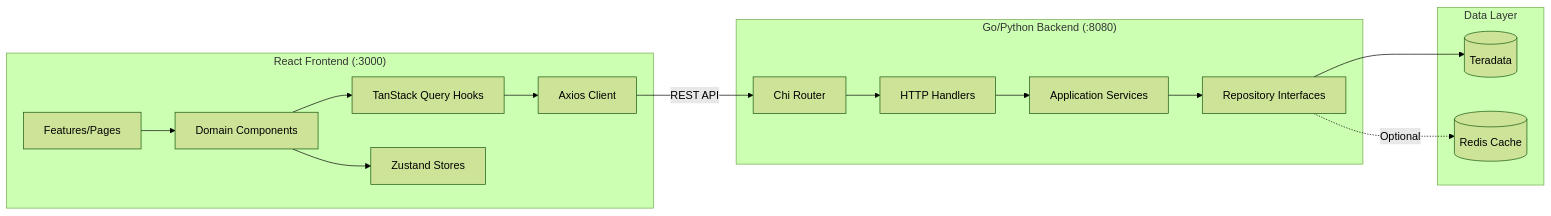
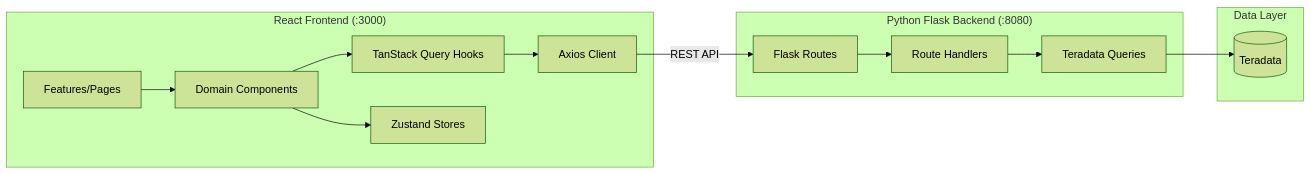
One commit to dtehan/lineage changed the first of 2 diagrams in docs/developer_manual.md. Above: the diagram before and after it, drawn with Mermaid (forest theme). The commit also changed other lines of this file and 3 other files, not shown here.

First line of the commit message:
feat(33-03): update docs/ to remove Go/Redis/ODBC/Cache references

````diff
--- a/docs/developer_manual.md
+++ b/docs/developer_manual.md
@@ -264,24 +247,21 @@
 ```mermaid
 graph LR
     subgraph Frontend["React Frontend (:3000)"]
         Pages["Features/Pages"] --> Components["Domain Components"]
         Components --> Hooks["TanStack Query Hooks"]
         Components --> Stores["Zustand Stores"]
         Hooks --> Client["Axios Client"]
     end
 
-    subgraph Backend["Go/Python Backend (:8080)"]
-        Router["Chi Router"] --> Handlers["HTTP Handlers"]
-        Handlers --> Services["Application Services"]
-        Services --> Repos["Repository Interfaces"]
+    subgraph Backend["Python Flask Backend (:8080)"]
+        FlaskApp["Flask Routes"] --> Handlers["Route Handlers"]
+        Handlers --> TD_Queries["Teradata Queries"]
     end
 
     subgraph Data["Data Layer"]
         TD[(Teradata)]
-        Redis[(Redis Cache)]
     end
 
-    Client -->|REST API| Router
-    Repos --> TD
-    Repos -.->|Optional| Redis
+    Client -->|REST API| FlaskApp
+    TD_Queries --> TD
 ```
````
